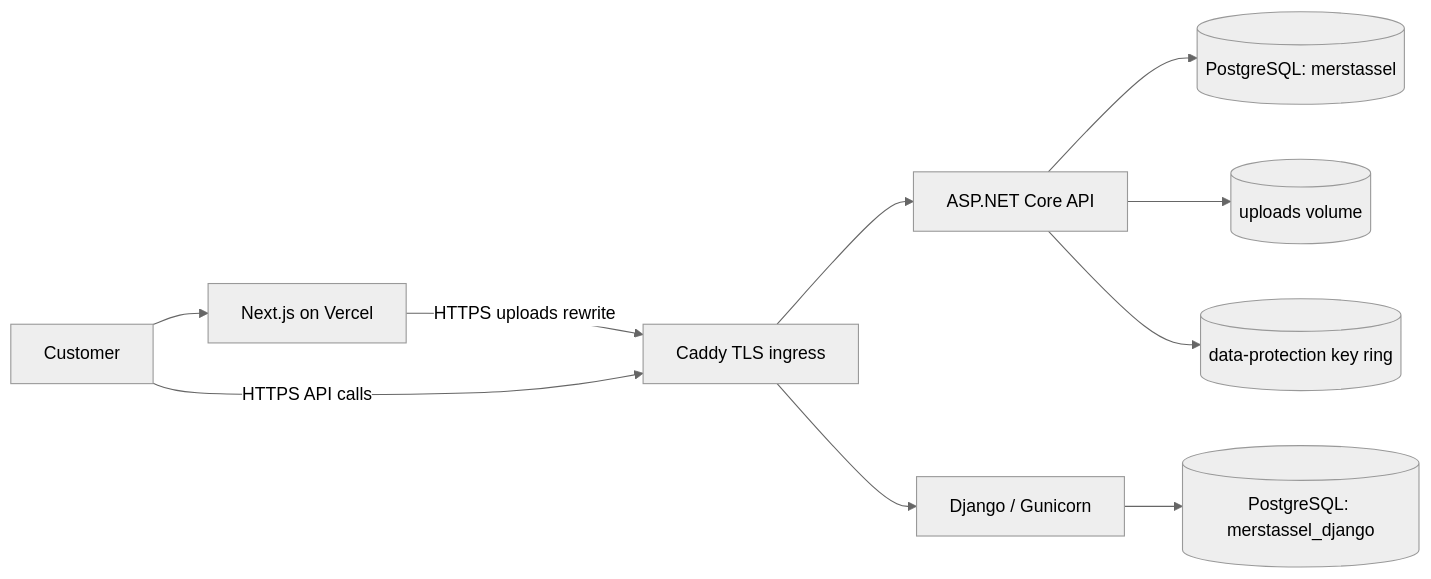
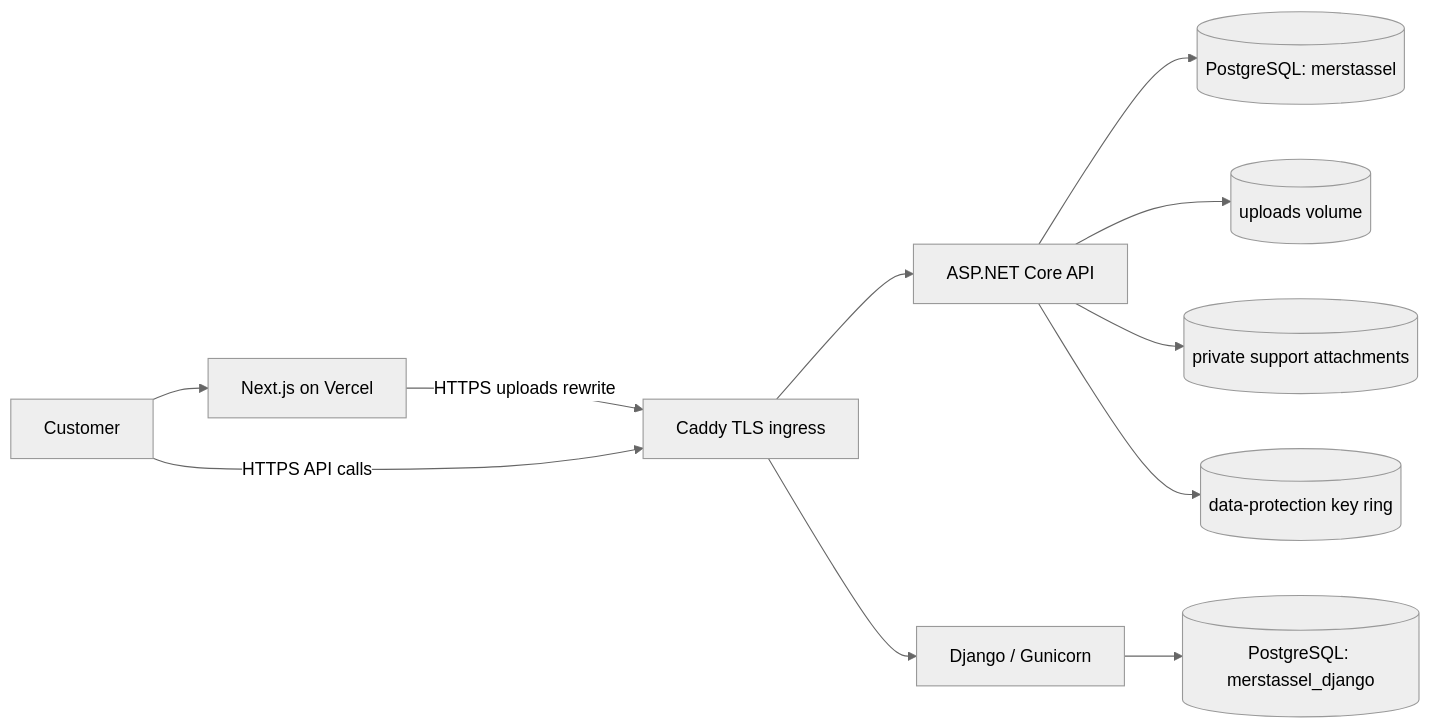
The diagram in docs/deployment.md (ErfanShokrollahzadeh/MERS_Tassel), drawn with Mermaid (neutral theme) before and after one commit. The commit also changed other lines of this file and 37 other files, not shown here.

Commit message:
feat: implement support ticket system with DB schema, CRUD services, and client-side management panel

````diff
--- a/docs/deployment.md
+++ b/docs/deployment.md
@@ -9,12 +9,13 @@
 ```mermaid
 flowchart LR
     Customer --> Vercel[Next.js on Vercel]
     Vercel -->|HTTPS uploads rewrite| Caddy
     Customer -->|HTTPS API calls| Caddy[Caddy TLS ingress]
     Caddy --> Dotnet[ASP.NET Core API]
     Caddy --> Django[Django / Gunicorn]
     Dotnet --> StoreDB[(PostgreSQL: merstassel)]
     Django --> LegacyDB[(PostgreSQL: merstassel_django)]
     Dotnet --> Uploads[(uploads volume)]
+    Dotnet --> SupportFiles[(private support attachments)]
     Dotnet --> Keys[(data-protection key ring)]
 ```
````
